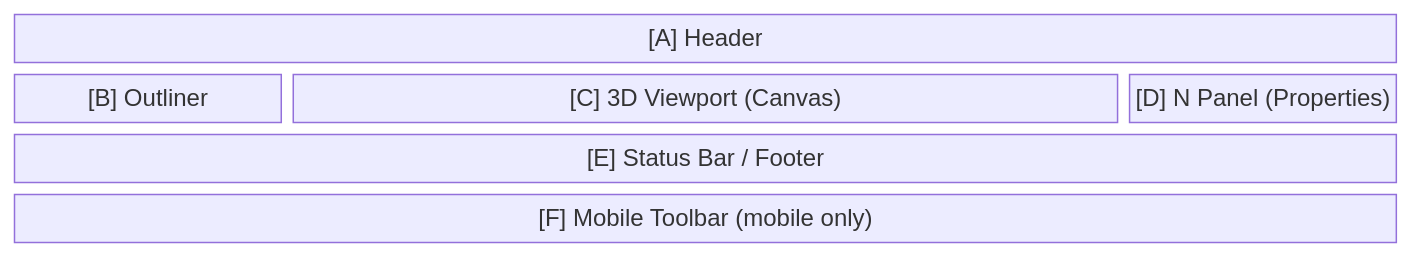
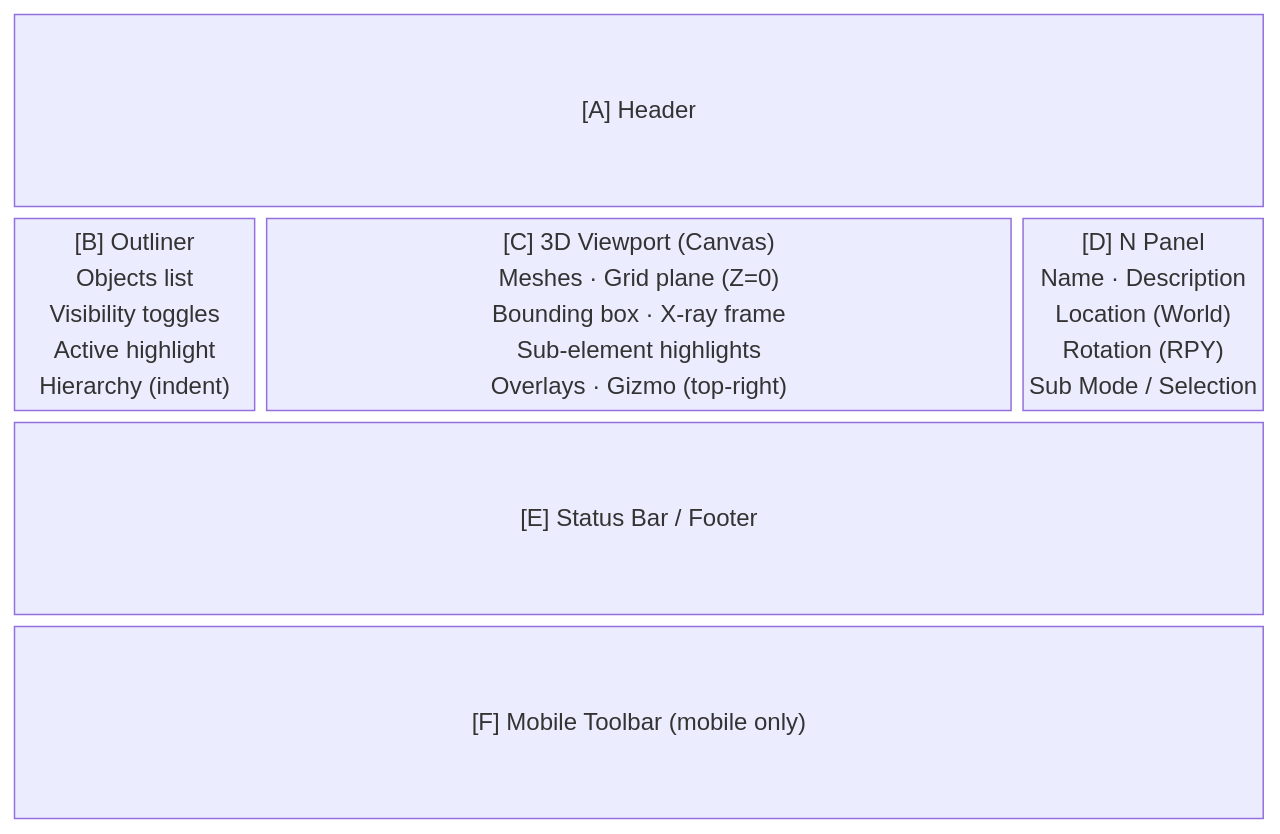
One commit to yuubae215/easy-extrude changed the diagram in docs/SCREEN_DESIGN.md. Above: the diagram before and after it, drawn with Mermaid. The commit also changed 1 other file, not shown here.

Commit message:
docs: increase viewport row height in Mermaid diagrams by adding descriptive content
Row height in block-beta is driven by text line count. Added 4-5 content
lines to the center viewport block (and side panel blocks) so the main
area visually dominates, matching the actual proportional layout.

https://claude.ai/code/session_01YFkNkmXh91b7LVbwHSxpdV

````diff
--- a/docs/SCREEN_DESIGN.md
+++ b/docs/SCREEN_DESIGN.md
@@ -34,8 +34,8 @@
 ```mermaid
 block-beta
   columns 5
   A["[A] Header"]:5
-  B["[B] Outliner"] C["[C] 3D Viewport (Canvas)"]:3 D["[D] N Panel (Properties)"]
+  B["[B] Outliner\nObjects list\nVisibility toggles\nActive highlight\nHierarchy (indent)"] C["[C] 3D Viewport (Canvas)\nMeshes · Grid plane (Z=0)\nBounding box · X-ray frame\nSub-element highlights\nOverlays · Gizmo (top-right)"]:3 D["[D] N Panel\nName · Description\nLocation (World)\nRotation (RPY)\nSub Mode / Selection"]
   E["[E] Status Bar / Footer"]:5
   F["[F] Mobile Toolbar (mobile only)"]:5
 ```
````
